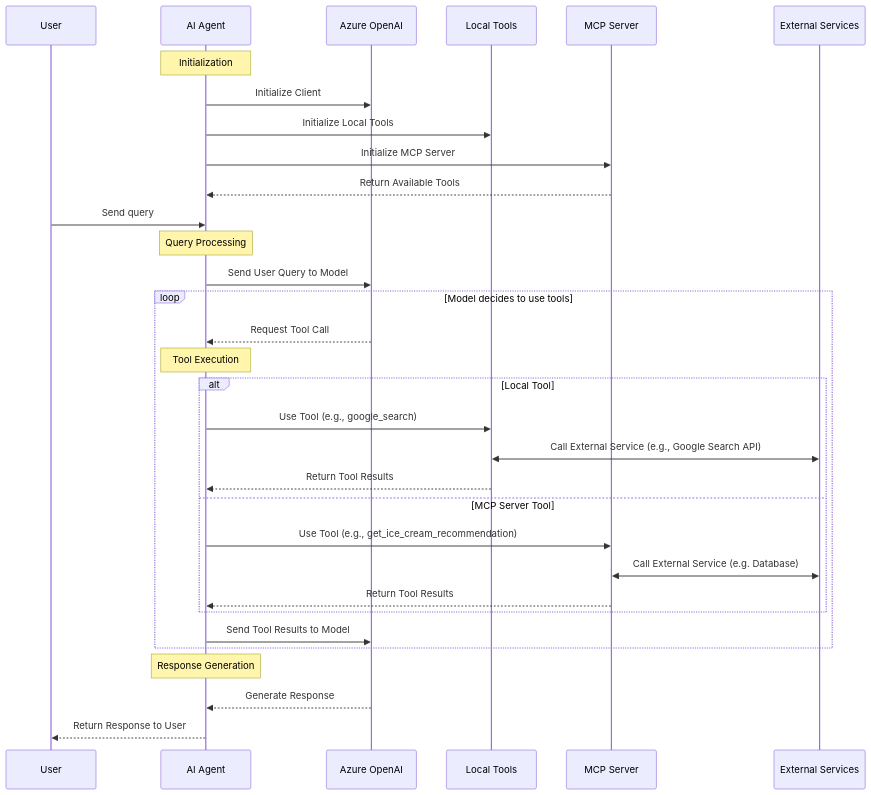
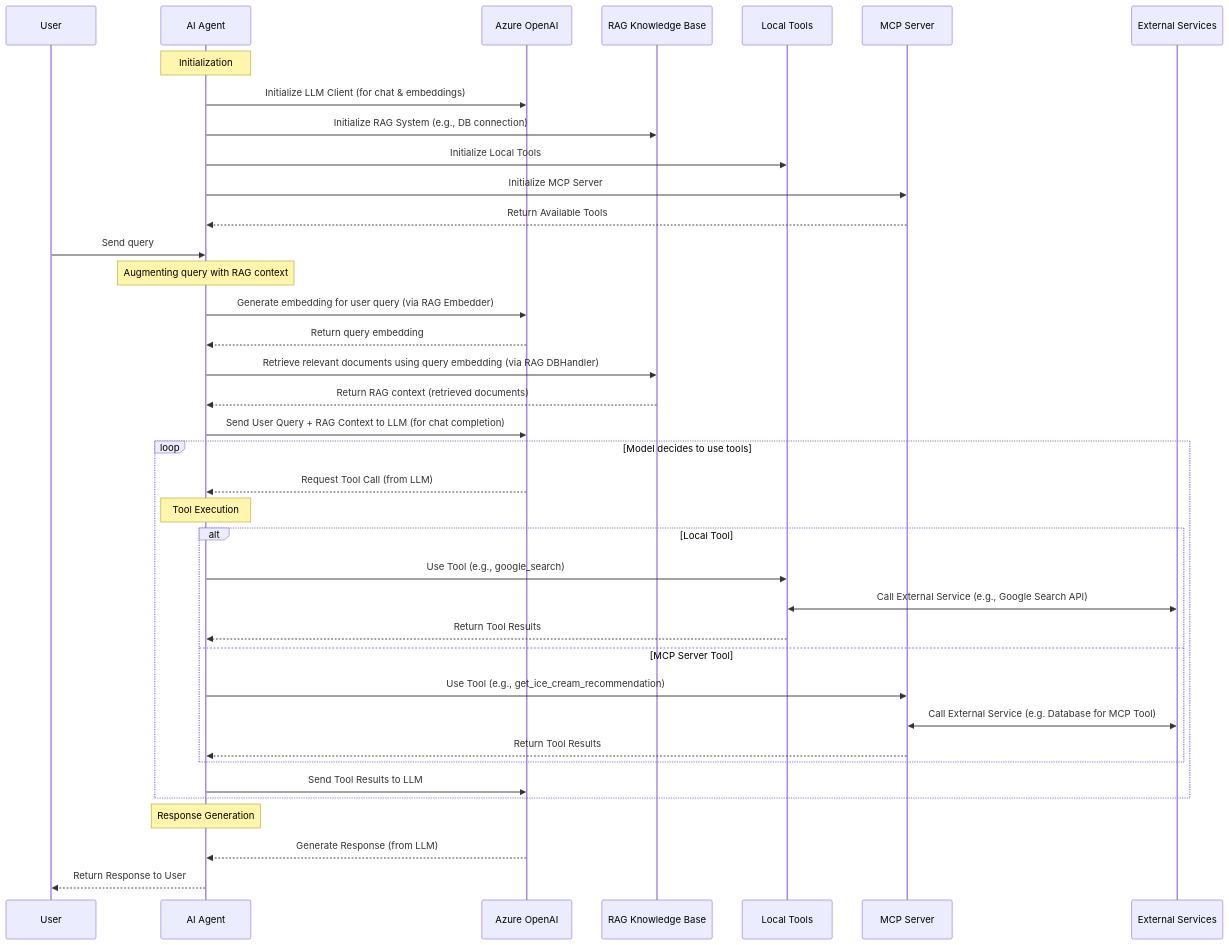
Before and after one commit to nullchimp/ai-agent: the second of 2 diagrams in docs/architecture.md, drawn with Mermaid. The commit also changed other lines of this file and 7 other files, not shown here.

````diff
--- a/docs/architecture.md
+++ b/docs/architecture.md
@@ -7,46 +112,53 @@
 ```mermaid
 sequenceDiagram
     participant User
     participant Agent as AI Agent
     participant Azure as Azure OpenAI
+    participant KnowledgeBase as RAG Knowledge Base
     participant Tools as Local Tools
     participant MCP as MCP Server
     participant ExternalServices as External Services
     
     %% Initialization Phase
     Note over Agent: Initialization
-    Agent->>Azure: Initialize Client
+    Agent->>Azure: Initialize LLM Client (for chat & embeddings)
+    Agent->>KnowledgeBase: Initialize RAG System (e.g., DB connection)
     Agent->>Tools: Initialize Local Tools
     Agent->>MCP: Initialize MCP Server
     MCP-->>Agent: Return Available Tools
     
     User->>Agent: Send query
 
-    %% Query Processing Phase
-    Note over Agent: Query Processing
-    Agent->>Azure: Send User Query to Model
-    
+    %% Query Processing & RAG Augmentation Phase
+    Note over Agent: Augmenting query with RAG context
+    Agent->>Azure: Generate embedding for user query (via RAG Embedder)
+    Azure-->>Agent: Return query embedding
+    Agent->>KnowledgeBase: Retrieve relevant documents using query embedding (via RAG DBHandler)
+    KnowledgeBase-->>Agent: Return RAG context (retrieved documents)
+
+    Agent->>Azure: Send User Query + RAG Context to LLM (for chat completion)
+
     %% Decision for Tool Usage
     loop Model decides to use tools
-        Azure-->>Agent: Request Tool Call
-        
+        Azure-->>Agent: Request Tool Call (from LLM)
+
         %% Tool Execution Phase
         Note over Agent: Tool Execution
         alt Local Tool
             Agent->>Tools: Use Tool (e.g., google_search)
             Tools<<->>ExternalServices: Call External Service (e.g., Google Search API)
             Tools-->>Agent: Return Tool Results
         else MCP Server Tool
             Agent->>MCP: Use Tool (e.g., get_ice_cream_recommendation)
-            MCP<<->>ExternalServices: Call External Service (e.g. Database)
+            MCP<<->>ExternalServices: Call External Service (e.g. Database for MCP Tool)
             MCP-->>Agent: Return Tool Results
         end
-        
-        Agent->>Azure: Send Tool Results to Model
+
+        Agent->>Azure: Send Tool Results to LLM
     end
     
     %% Model generates response
     Note over Agent: Response Generation
-    Azure-->>Agent: Generate Response
+    Azure-->>Agent: Generate Response (from LLM)
     Agent-->>User: Return Response to User
 ```
````
